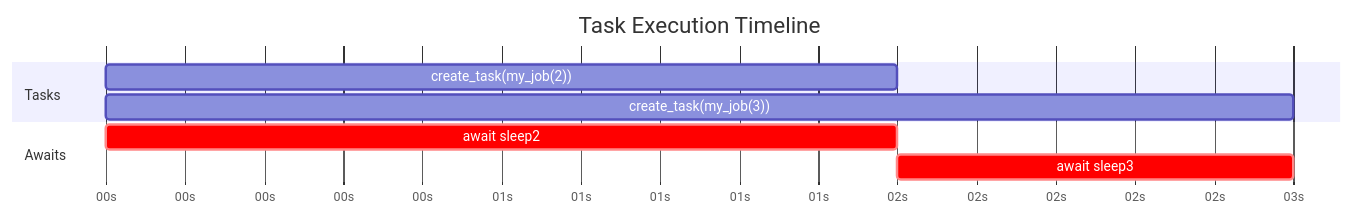
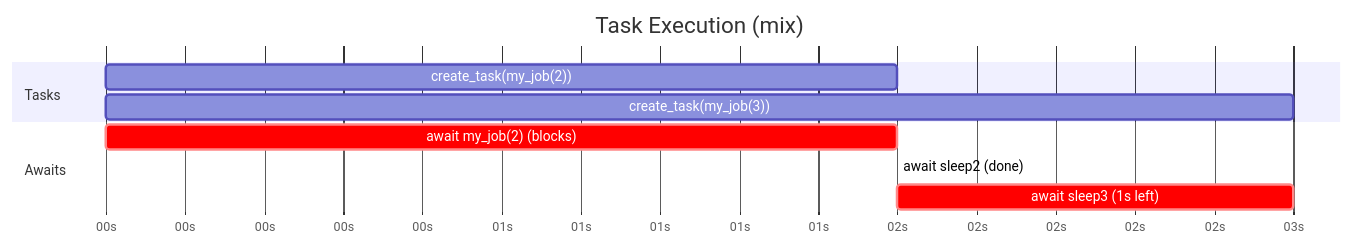
The diagram in src/marp/execution_ex.md (xjules/parallel-python-lab), drawn with Mermaid before and after one commit. The commit also changed other lines of this file and 2 other files, not shown here.

Commit message:
More lectures

````diff
--- a/src/marp/execution_ex.md
+++ b/src/marp/execution_ex.md
@@ -1,12 +12,13 @@
 ```mermaid
 gantt
-    title Task Execution Timeline
+    title Task Execution (mix)
     dateFormat s
     axisFormat %Ss
     section Tasks
-    create_task(my_job(2))  :a, 0, 2s
-    create_task(my_job(3))  :b, 0, 3s
+    create_task(my_job(2))   :a, 0, 2s
+    create_task(my_job(3))   :b, 0, 3s
     section Awaits
-    await sleep2            :crit, 0, 2s
-    await sleep3            :crit, 2, 1s
+    await my_job(2) (blocks) :crit, c, 0, 2s
+    await sleep2 (done)      :done, d, 2, 0s
+    await sleep3 (1s left)   :crit, e, 2, 1s
 ```
````
